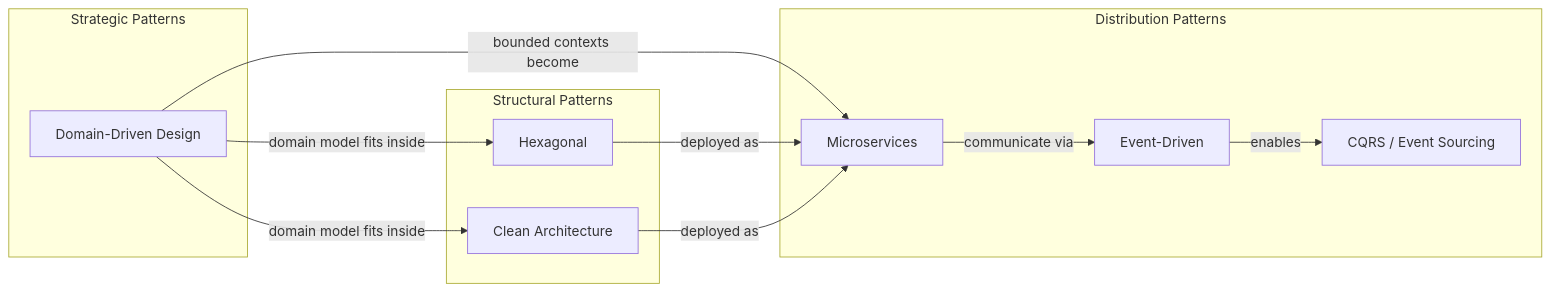
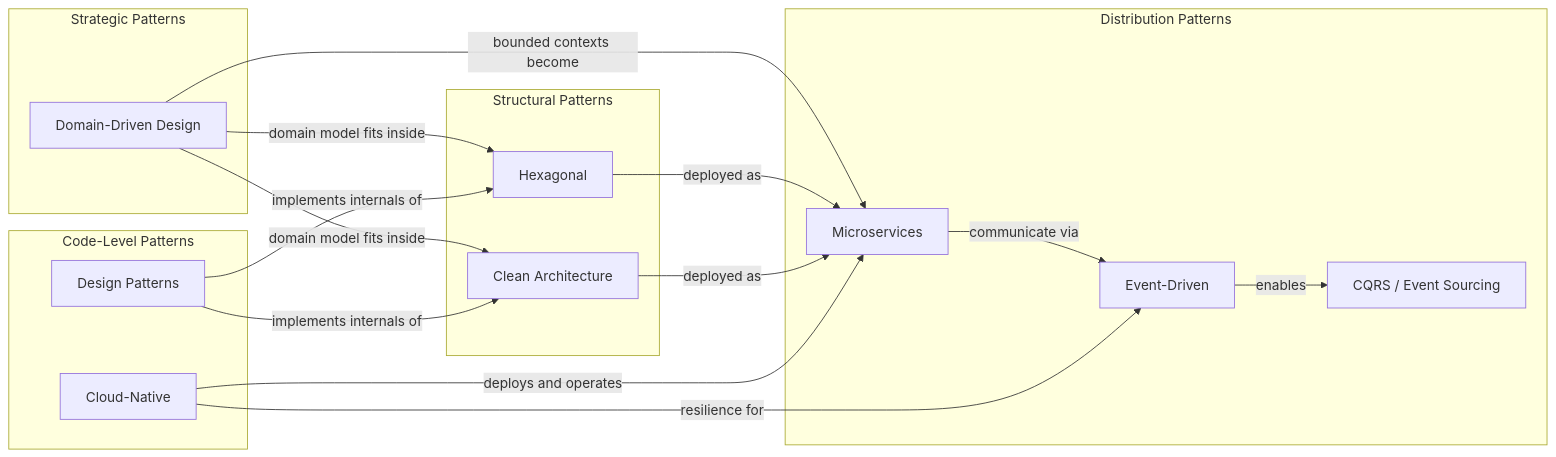
The diagram in docs/architecture-patterns/index.md (ayush-jadaun/knowledge-vault), drawn with Mermaid before and after one commit. The commit also changed other lines of this file and 189 other files, not shown here.

````diff
--- a/docs/architecture-patterns/index.md
+++ b/docs/architecture-patterns/index.md
@@ -46,25 +48,34 @@
 ```mermaid
 graph LR
     subgraph Strategic["Strategic Patterns"]
         DDD[Domain-Driven Design]
     end
 
     subgraph Structural["Structural Patterns"]
         HEX[Hexagonal]
         CLEAN[Clean Architecture]
     end
 
     subgraph Distributed["Distribution Patterns"]
         MICRO[Microservices]
         EVENT[Event-Driven]
         CQRS[CQRS / Event Sourcing]
     end
 
+    subgraph CodeLevel["Code-Level Patterns"]
+        DP[Design Patterns]
+        CN[Cloud-Native]
+    end
+
     DDD -->|bounded contexts become| MICRO
     DDD -->|domain model fits inside| HEX
     DDD -->|domain model fits inside| CLEAN
     HEX -->|deployed as| MICRO
     CLEAN -->|deployed as| MICRO
     MICRO -->|communicate via| EVENT
     EVENT -->|enables| CQRS
+    DP -->|implements internals of| HEX
+    DP -->|implements internals of| CLEAN
+    CN -->|deploys and operates| MICRO
+    CN -->|resilience for| EVENT
 ```
````
